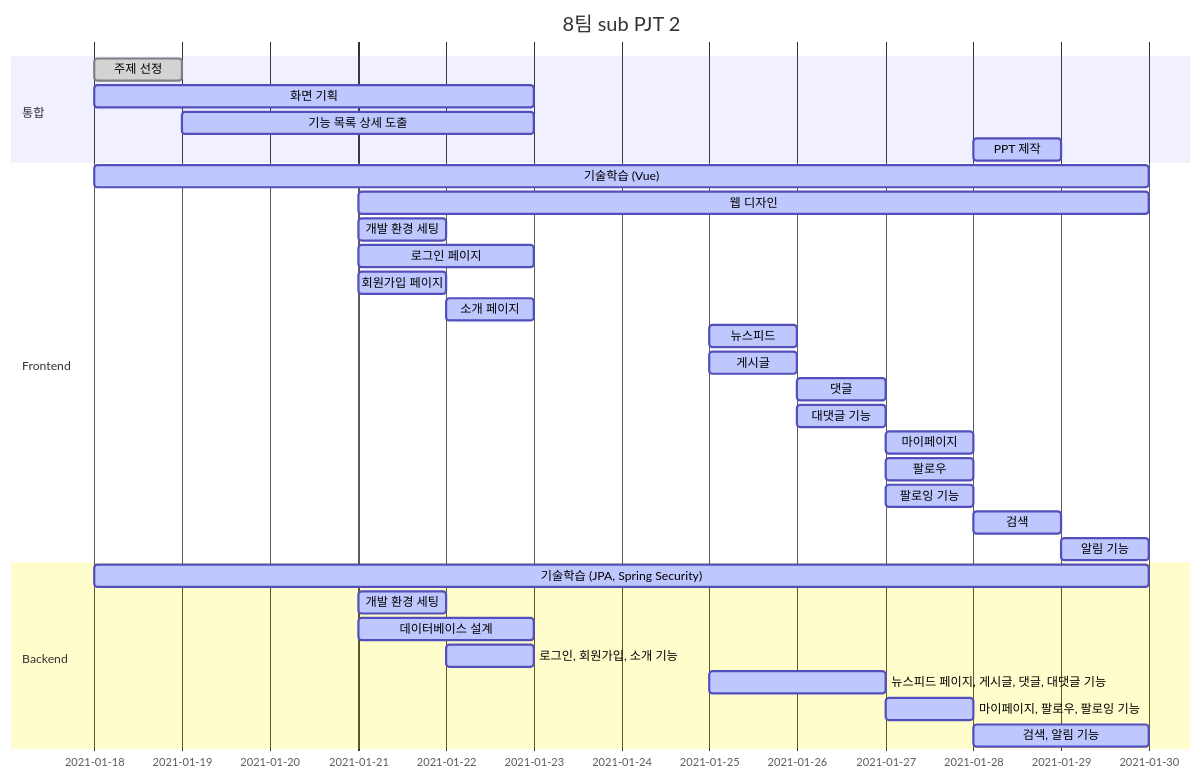
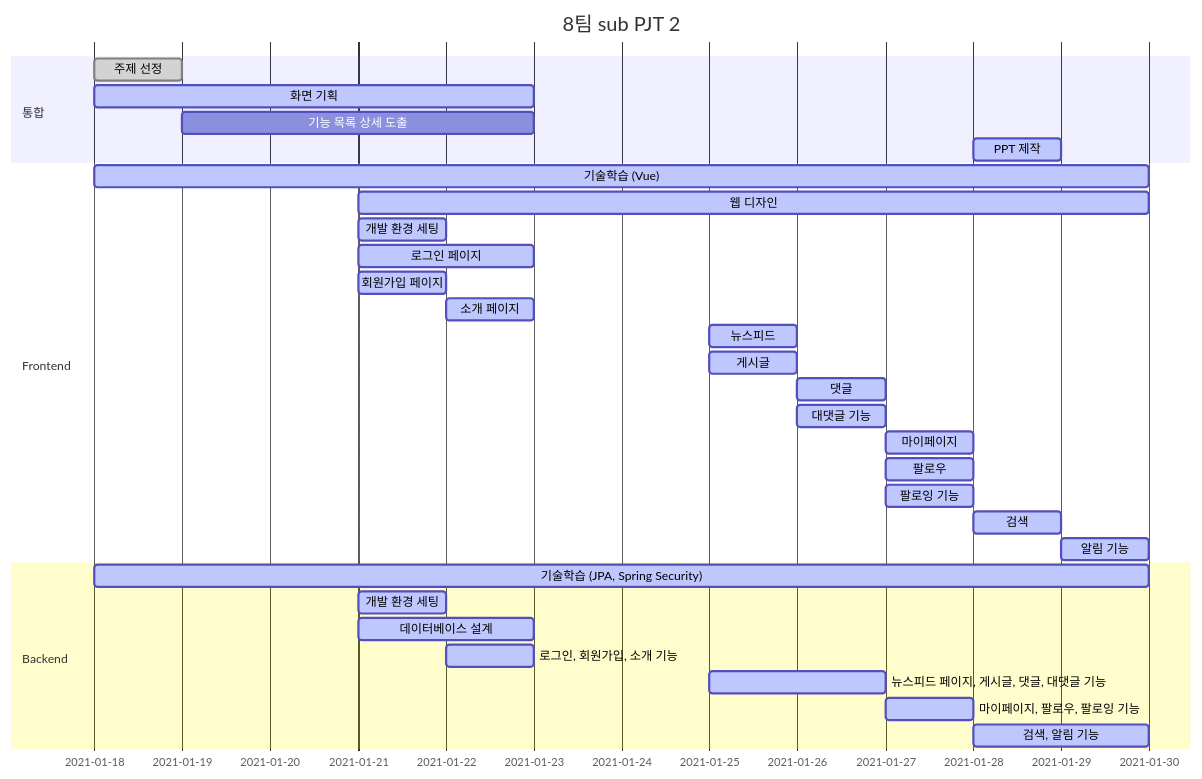
Before and after one commit to mingddo/3PM: the diagram in README.md, drawn with Mermaid.

````diff
--- a/README.md
+++ b/README.md
@@ -16,37 +16,37 @@
 ```mermaid
 gantt
     dateFormat  YYYY-MM-DD
     title       8팀 sub PJT 2
 
     section 통합
     주제 선정 :done,    2021-01-18, 1d
     화면 기획 :active,    2021-01-18, 5d
-    기능 목록 상세 도출 :active,  2021-01-19, 4d
+    기능 목록 상세 도출 :after,  2021-01-19, 4d
     PPT 제작 :active, 2021-01-28, 1d
     
     section Frontend
     기술학습 (Vue)      :active, 2021-01-18, 12d
     웹 디자인           :active, 2021-01-21, 9d
     개발 환경 세팅      :active, 2021-01-21, 1d
     로그인 페이지       :active, 2021-01-21, 2d
     회원가입 페이지     :active, 2021-01-21, 1d
     소개 페이지         :active, 2021-01-22, 1d
     뉴스피드:active, 2021-01-25, 1d
     게시글  :active, 2021-01-25, 1d
     댓글 :active, 2021-01-26, 1d
     대댓글 기능    :active, 2021-01-26, 1d
     마이페이지  :active, 2021-01-27, 1d
     팔로우  :active, 2021-01-27, 1d
     팔로잉 기능 :active, 2021-01-27, 1d
     검색    :active, 2021-01-28, 1d
     알림 기능 :active, 2021-01-29, 1d
 
     section Backend
     기술학습 (JPA, Spring Security)  :active, 2021-01-18, 12d
     개발 환경 세팅 : active, 2021-01-21, 1d
     데이터베이스 설계   : active, 2021-01-21, 2d
     로그인, 회원가입, 소개 기능   :active, 2021-01-22, 1d
     뉴스피드 페이지, 게시글, 댓글, 대댓글 기능    :active, 2021-01-25, 2d
     마이페이지, 팔로우, 팔로잉 기능 :active, 2021-01-27, 1d
     검색, 알림 기능 :active, 2021-01-28, 2d
 ```
````
